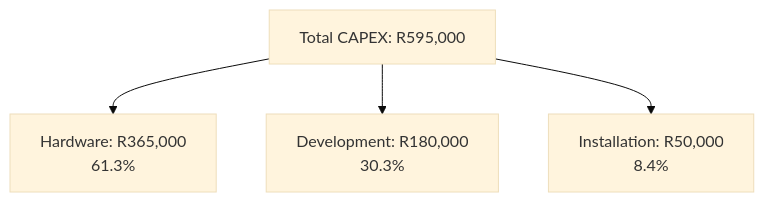
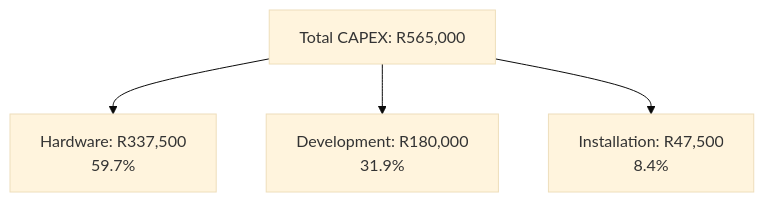
Before and after one commit to transnet-eduard-reitmann/locomotive-tracking-unit: the third of 9 diagrams in docs/executive-summary.md, drawn with Mermaid (base theme). The commit also changed other lines of this file and 20 other files, not shown here.

````diff
--- a/docs/executive-summary.md
+++ b/docs/executive-summary.md
@@ -66,6 +66,6 @@
 ```mermaid
 graph TD
-    A[Total CAPEX: R595,000] --> B[Hardware: R365,000<br/>61.3%]
-    A --> C[Development: R180,000<br/>30.3%]
-    A --> D[Installation: R50,000<br/>8.4%]
+    A[Total CAPEX: R565,000] --> B[Hardware: R337,500<br/>59.7%]
+    A --> C[Development: R180,000<br/>31.9%]
+    A --> D[Installation: R47,500<br/>8.4%]
 ```
````
